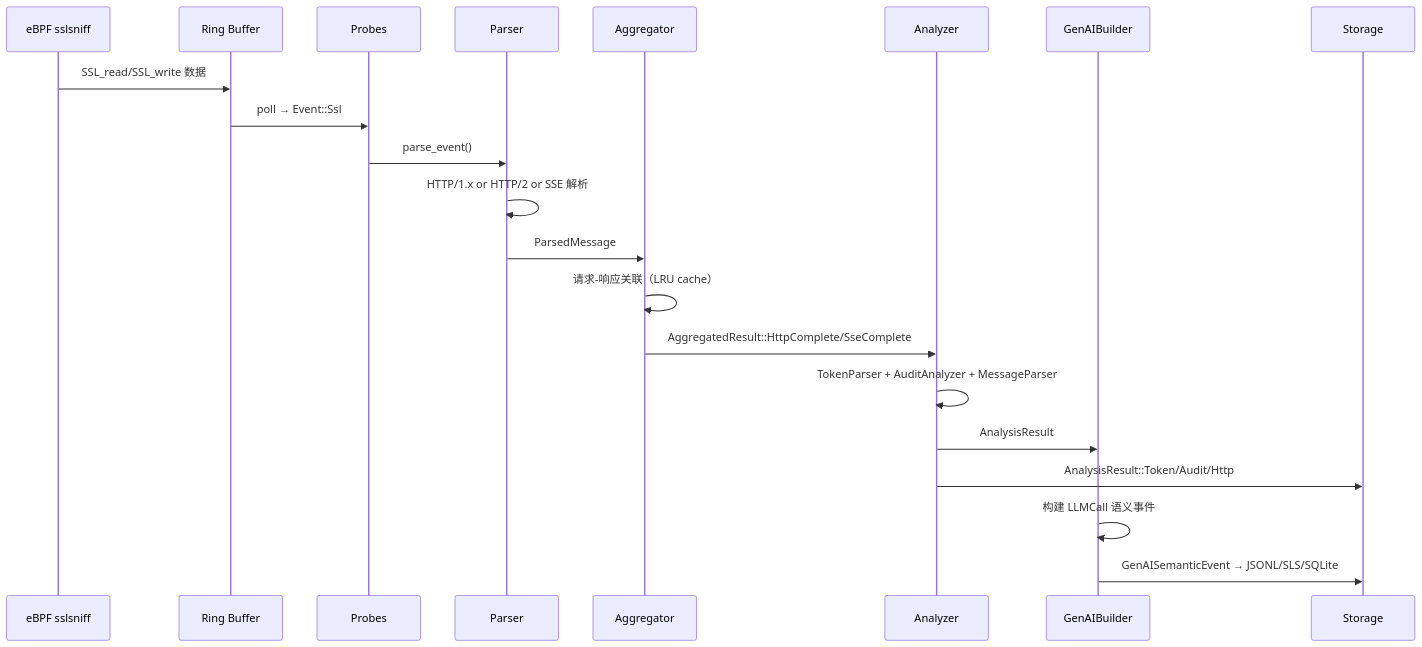
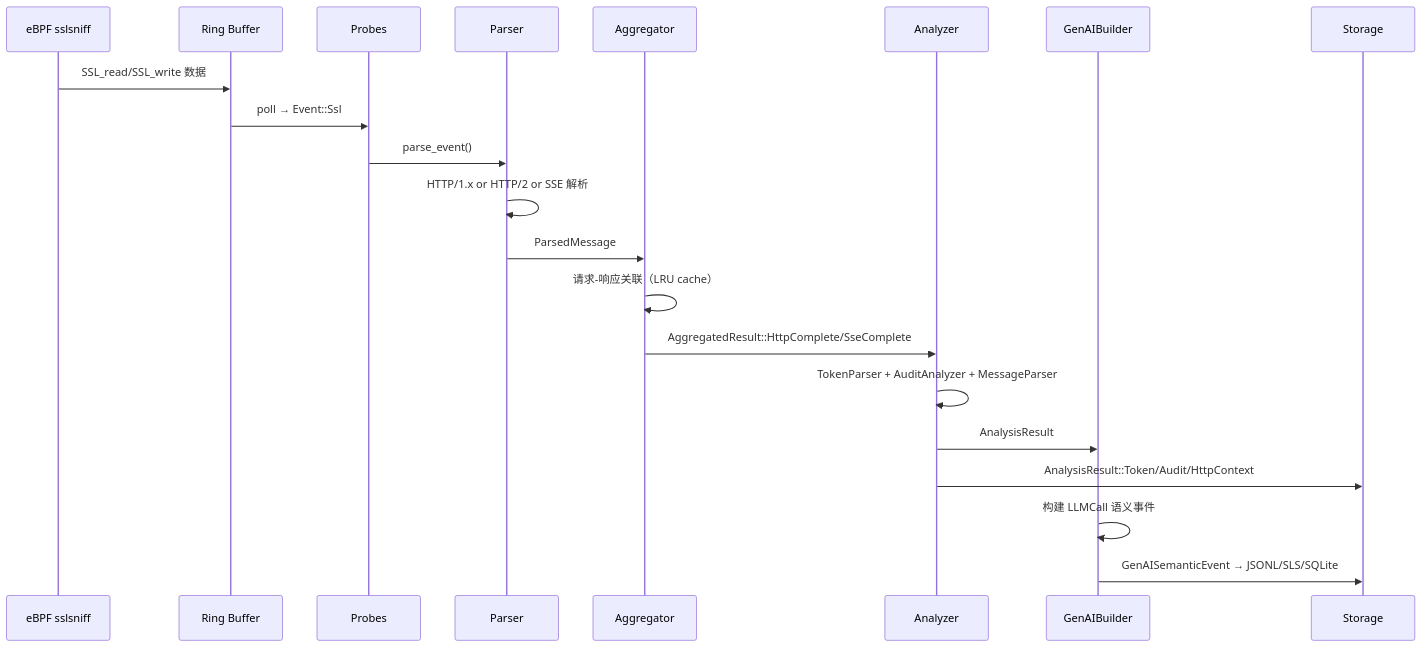
One commit to aliyun/coolbpf changed the third of 3 diagrams in src/agentsight/docs/ARCHITECTURE.md. Above: the diagram before and after it, drawn with Mermaid. The commit also changed other lines of this file and 14 other files, not shown here.

First line of the commit message:
refactor(sight)!: carry HTTP as HttpContext

````diff
--- a/src/agentsight/docs/ARCHITECTURE.md
+++ b/src/agentsight/docs/ARCHITECTURE.md
@@ -171,24 +171,24 @@
 ```mermaid
 sequenceDiagram
     participant BPF as eBPF sslsniff
     participant RB as Ring Buffer
     participant P as Probes
     participant PA as Parser
     participant AG as Aggregator
     participant AN as Analyzer
     participant GB as GenAIBuilder
     participant ST as Storage
 
     BPF->>RB: SSL_read/SSL_write 数据
     RB->>P: poll → Event::Ssl
     P->>PA: parse_event()
     PA->>PA: HTTP/1.x or HTTP/2 or SSE 解析
     PA->>AG: ParsedMessage
     AG->>AG: 请求-响应关联（LRU cache）
     AG->>AN: AggregatedResult::HttpComplete/SseComplete
     AN->>AN: TokenParser + AuditAnalyzer + MessageParser
     AN->>GB: AnalysisResult
-    AN->>ST: AnalysisResult::Token/Audit/Http
+    AN->>ST: AnalysisResult::Token/Audit/HttpContext
     GB->>GB: 构建 LLMCall 语义事件
     GB->>ST: GenAISemanticEvent → JSONL/SLS/SQLite
 ```
````
